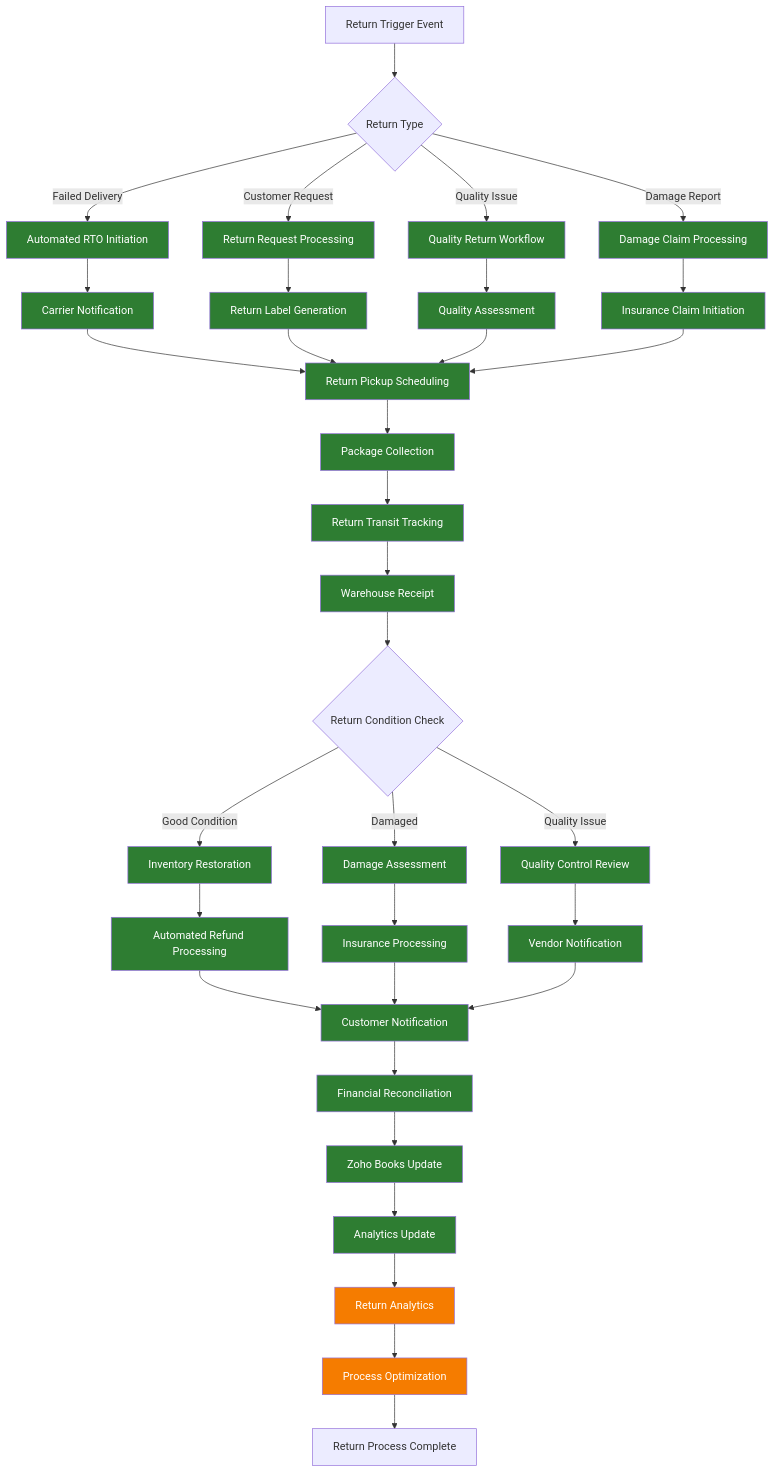
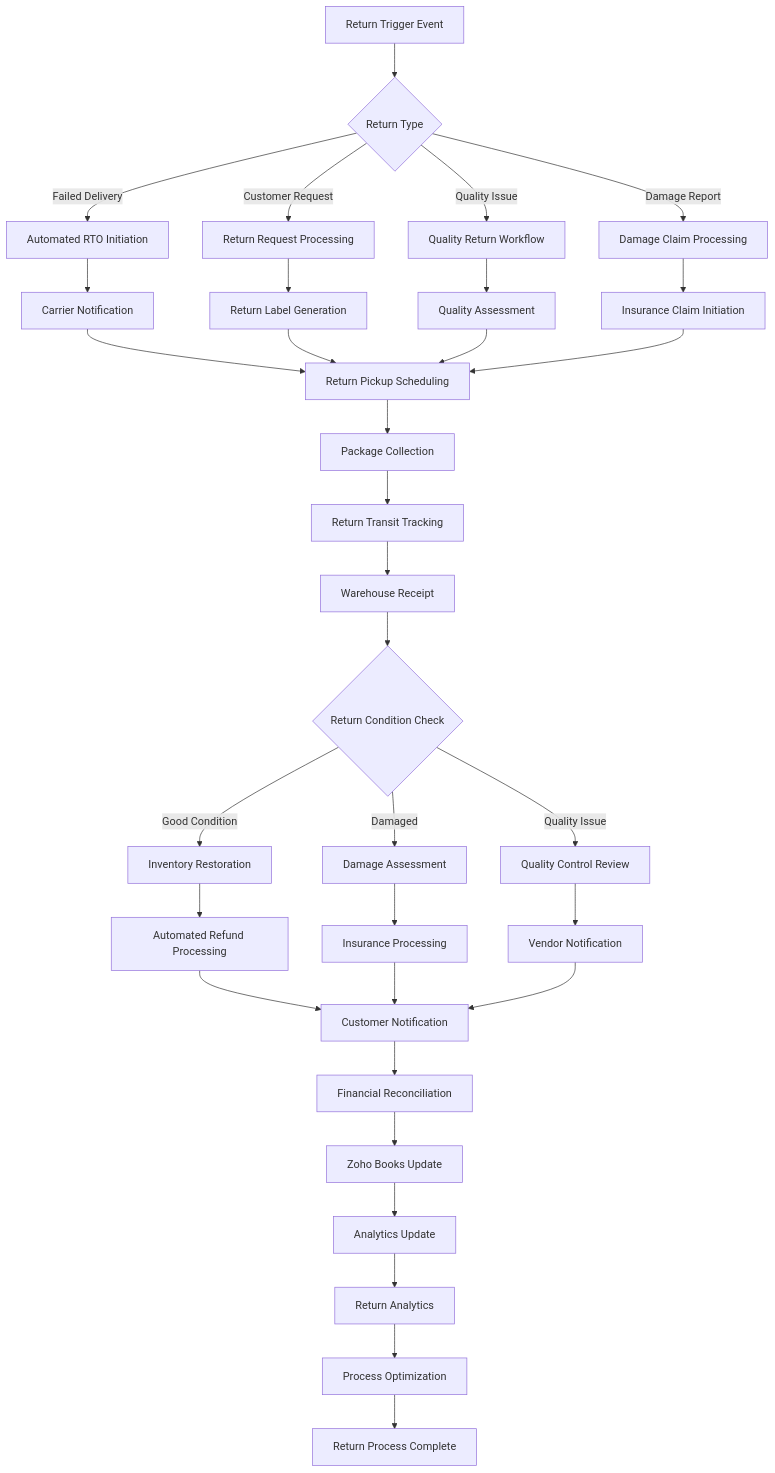
One commit to sandeepkumar0801/Digihub changed the seventh of 7 diagrams in DigiHub_Readme.md. Above: the diagram before and after it, drawn with Mermaid. The commit also changed other lines of this file, not shown here.

Commit message:
update style of diagrams

````diff
--- a/DigiHub_Readme.md
+++ b/DigiHub_Readme.md
@@ -1007,68 +909,45 @@
 ```mermaid
 graph TD
     A[Return Trigger Event] --> B{Return Type}
     B -->|Failed Delivery| C[Automated RTO Initiation]
     B -->|Customer Request| D[Return Request Processing]
     B -->|Quality Issue| E[Quality Return Workflow]
     B -->|Damage Report| F[Damage Claim Processing]
 
     C --> G[Carrier Notification]
     D --> H[Return Label Generation]
     E --> I[Quality Assessment]
     F --> J[Insurance Claim Initiation]
 
     G --> K[Return Pickup Scheduling]
     H --> K
     I --> K
     J --> K
 
     K --> L[Package Collection]
     L --> M[Return Transit Tracking]
     M --> N[Warehouse Receipt]
 
     N --> O{Return Condition Check}
     O -->|Good Condition| P[Inventory Restoration]
     O -->|Damaged| Q[Damage Assessment]
     O -->|Quality Issue| R[Quality Control Review]
 
     P --> S[Automated Refund Processing]
     Q --> T[Insurance Processing]
     R --> U[Vendor Notification]
 
     S --> V[Customer Notification]
     T --> V
     U --> V
 
     V --> W[Financial Reconciliation]
     W --> X[Zoho Books Update]
     X --> Y[Analytics Update]
 
     Y --> Z[Return Analytics]
     Z --> AA[Process Optimization]
     AA --> BB[Return Process Complete]
 
-    style C fill:#2E7D32,color:#FFFFFF
-    style D fill:#2E7D32,color:#FFFFFF
-    style E fill:#2E7D32,color:#FFFFFF
-    style F fill:#2E7D32,color:#FFFFFF
-    style G fill:#2E7D32,color:#FFFFFF
-    style H fill:#2E7D32,color:#FFFFFF
-    style I fill:#2E7D32,color:#FFFFFF
-    style J fill:#2E7D32,color:#FFFFFF
-    style K fill:#2E7D32,color:#FFFFFF
-    style L fill:#2E7D32,color:#FFFFFF
-    style M fill:#2E7D32,color:#FFFFFF
-    style N fill:#2E7D32,color:#FFFFFF
-    style P fill:#2E7D32,color:#FFFFFF
-    style Q fill:#2E7D32,color:#FFFFFF
-    style R fill:#2E7D32,color:#FFFFFF
-    style S fill:#2E7D32,color:#FFFFFF
-    style T fill:#2E7D32,color:#FFFFFF
-    style U fill:#2E7D32,color:#FFFFFF
-    style V fill:#2E7D32,color:#FFFFFF
-    style W fill:#2E7D32,color:#FFFFFF
-    style X fill:#2E7D32,color:#FFFFFF
-    style Y fill:#2E7D32,color:#FFFFFF
-    style Z fill:#F57C00,color:#FFFFFF
-    style AA fill:#F57C00,color:#FFFFFF
+
 ```
````
